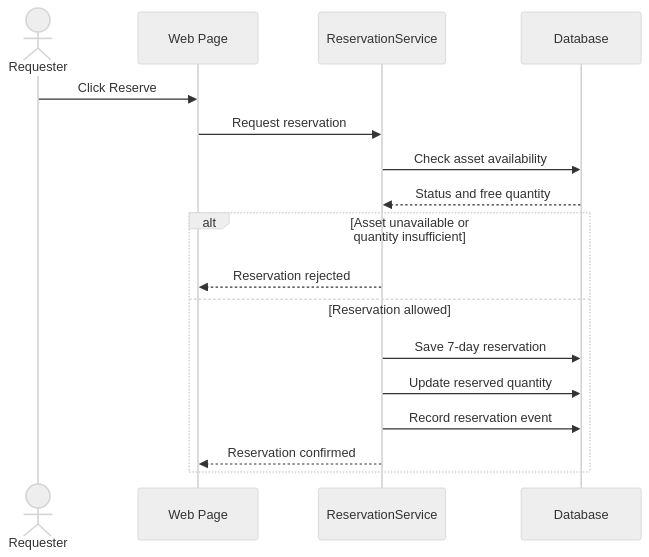
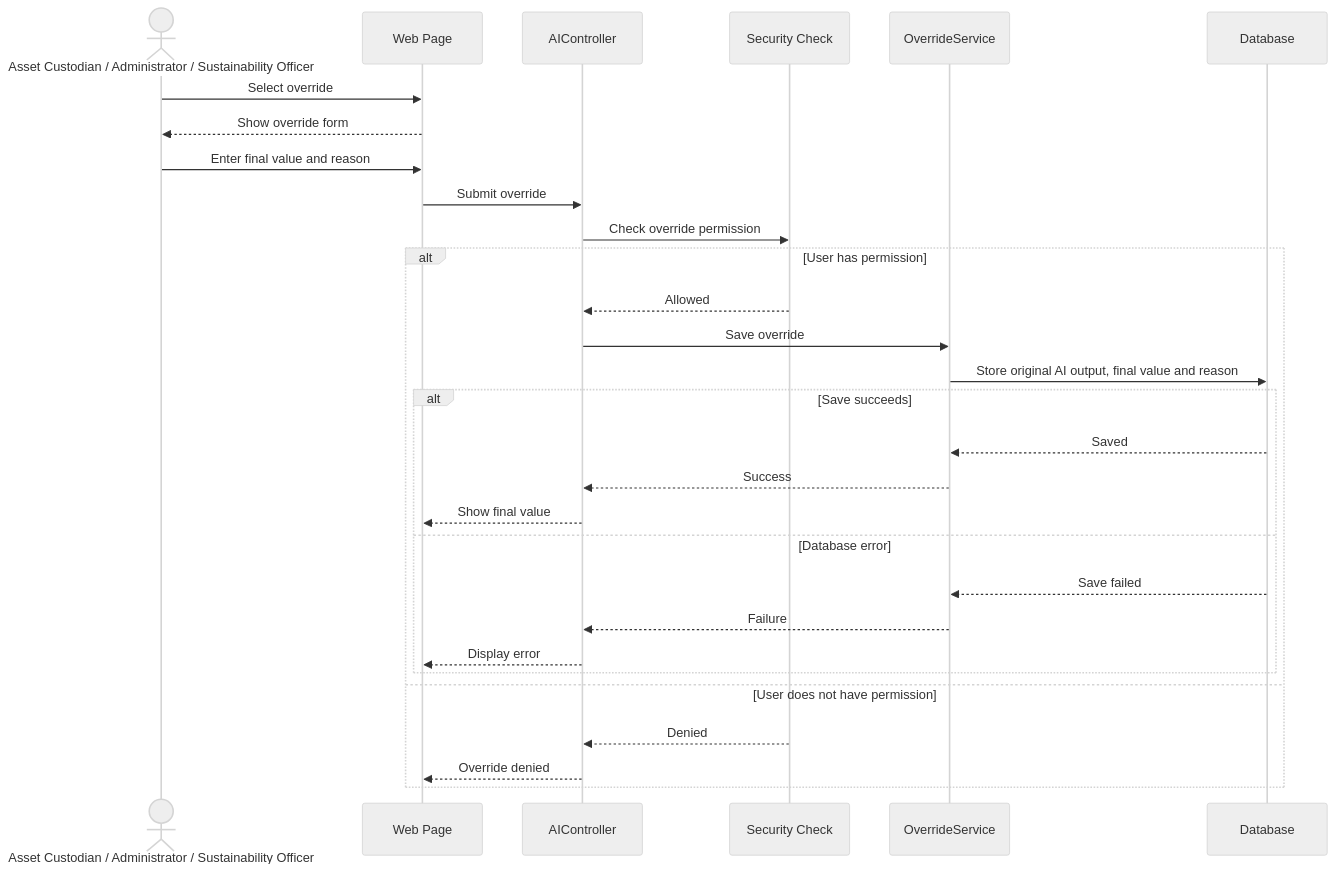
Before and after one commit to Abdulla66541/COSC336-GROUP5: the seventh of 10 diagrams in phase 4-5/01_part1_assets_marketplace_requests.md, drawn with Mermaid (neutral theme). The commit also changed other lines of this file, not shown here.

````diff
--- a/phase 4-5/01_part1_assets_marketplace_requests.md
+++ b/phase 4-5/01_part1_assets_marketplace_requests.md
@@ -320,21 +378,35 @@
 ```mermaid
 sequenceDiagram
-    actor RQ as Requester
+    actor U as Asset Custodian / Administrator / Sustainability Officer
     participant UI as Web Page
-    participant S as ReservationService
+    participant AIC as AIController
+    participant SEC as Security Check
+    participant OS as OverrideService
     participant DB as Database
 
-    RQ->>UI: Click Reserve
-    UI->>S: Request reservation
-    S->>DB: Check asset availability
-    DB-->>S: Status and free quantity
+    U->>UI: Select override
+    UI-->>U: Show override form
+    U->>UI: Enter final value and reason
+    UI->>AIC: Submit override
+    AIC->>SEC: Check override permission
 
-    alt Asset unavailable or quantity insufficient
-        S-->>UI: Reservation rejected
-    else Reservation allowed
-        S->>DB: Save 7-day reservation
-        S->>DB: Update reserved quantity
-        S->>DB: Record reservation event
-        S-->>UI: Reservation confirmed
+    alt User has permission
+        SEC-->>AIC: Allowed
+        AIC->>OS: Save override
+        OS->>DB: Store original AI output, final value and reason
+
+        alt Save succeeds
+            DB-->>OS: Saved
+            OS-->>AIC: Success
+            AIC-->>UI: Show final value
+        else Database error
+            DB-->>OS: Save failed
+            OS-->>AIC: Failure
+            AIC-->>UI: Display error
+        end
+
+    else User does not have permission
+        SEC-->>AIC: Denied
+        AIC-->>UI: Override denied
     end
 ```
````
